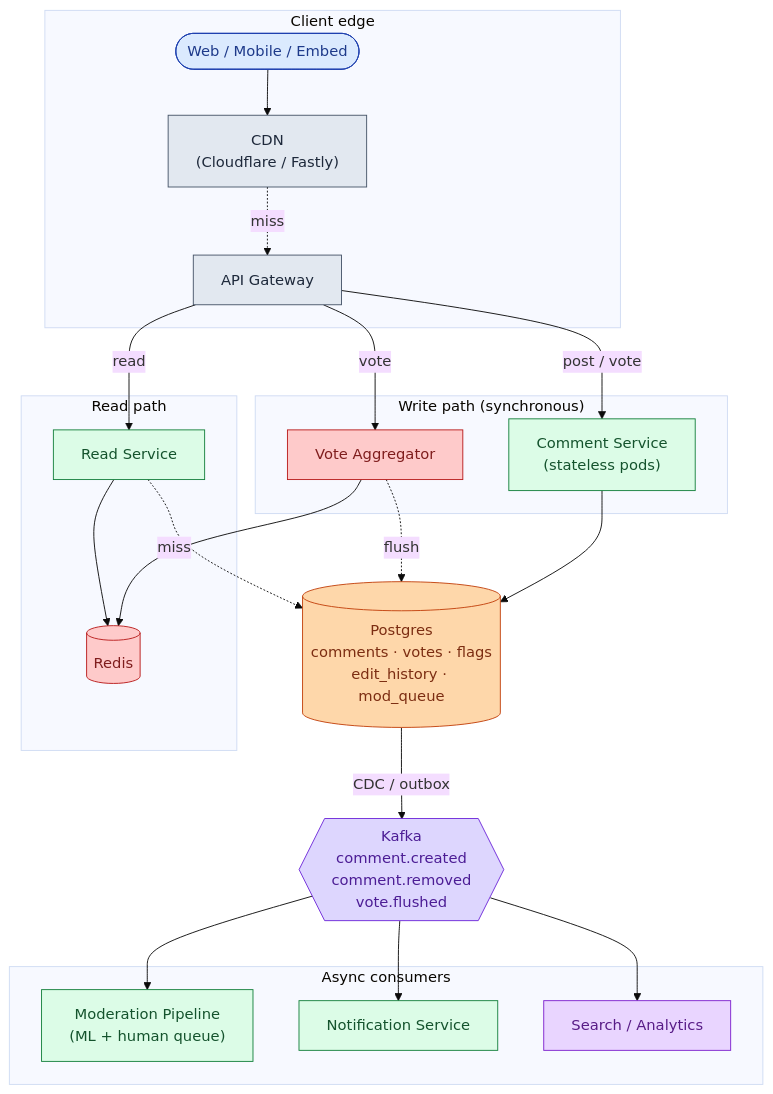
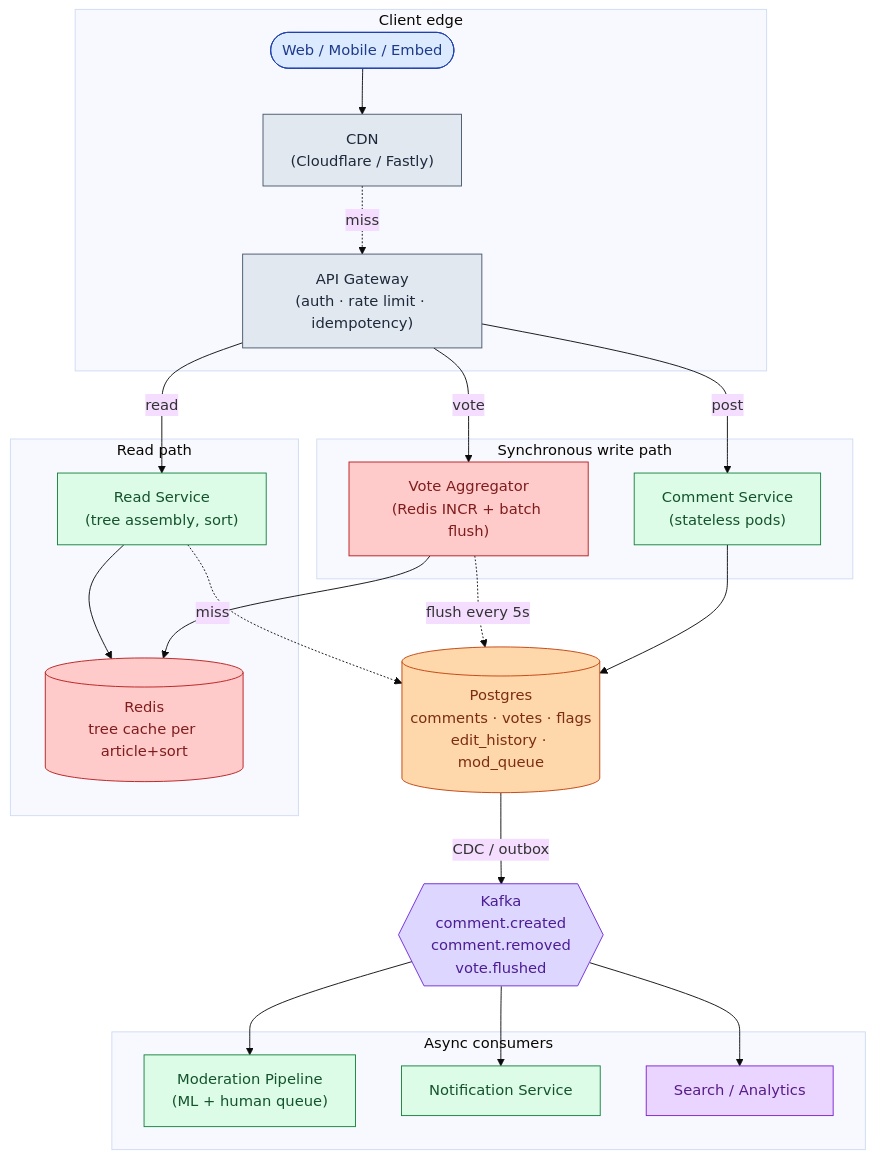
One commit to shiningflash/system-design changed the seventh of 10 diagrams in problems/015-comment-system/question.md. Above: the diagram before and after it, drawn with Mermaid (base theme). The commit also changed other lines of this file and 37 other files, not shown here.

````diff
--- a/problems/015-comment-system/question.md
+++ b/problems/015-comment-system/question.md
@@ -313,51 +338,51 @@
 ```mermaid
 flowchart TB
     subgraph Edge["Client edge"]
         C([Web / Mobile / Embed]):::user
         CDN["CDN<br/>(Cloudflare / Fastly)"]:::edge
-        GW["API Gateway"]:::edge
+        GW["API Gateway<br/>(auth · rate limit · idempotency)"]:::edge
     end
 
-    subgraph WritePath["Write path (synchronous)"]
+    subgraph WritePath["Synchronous write path"]
         CS["Comment Service<br/>(stateless pods)"]:::app
-        VA["Vote Aggregator"]:::cache
+        VA["Vote Aggregator<br/>(Redis INCR + batch flush)"]:::cache
     end
 
     DB[("Postgres<br/>comments · votes · flags<br/>edit_history · mod_queue")]:::db
 
     subgraph ReadPath["Read path"]
-        RS["Read Service"]:::app
-        Cache[("Redis")]:::cache
+        RS["Read Service<br/>(tree assembly, sort)"]:::app
+        Cache[("Redis<br/>tree cache per article+sort")]:::cache
     end
 
     K{{"Kafka<br/>comment.created<br/>comment.removed<br/>vote.flushed"}}:::queue
 
     subgraph Consumers["Async consumers"]
         MOD["Moderation Pipeline<br/>(ML + human queue)"]:::app
         N["Notification Service"]:::app
         SEARCH["Search / Analytics"]:::ext
     end
 
     C --> CDN
     CDN -.miss.-> GW
-    GW -->|post / vote| CS
+    GW -->|post| CS
     GW -->|vote| VA
     GW -->|read| RS
     CS --> DB
     VA --> Cache
-    VA -.flush.-> DB
+    VA -.flush every 5s.-> DB
     RS --> Cache
     RS -.miss.-> DB
     DB -->|CDC / outbox| K
     K --> MOD
     K --> N
     K --> SEARCH
 
     classDef user fill:#dbeafe,stroke:#1e40af,color:#1e3a8a
     classDef edge fill:#e2e8f0,stroke:#475569,color:#1e293b
     classDef app fill:#dcfce7,stroke:#15803d,color:#14532d
     classDef db fill:#fed7aa,stroke:#c2410c,color:#7c2d12
     classDef cache fill:#fecaca,stroke:#b91c1c,color:#7f1d1d
     classDef queue fill:#ddd6fe,stroke:#6d28d9,color:#4c1d95
     classDef ext fill:#e9d5ff,stroke:#7e22ce,color:#581c87
 ```
````
